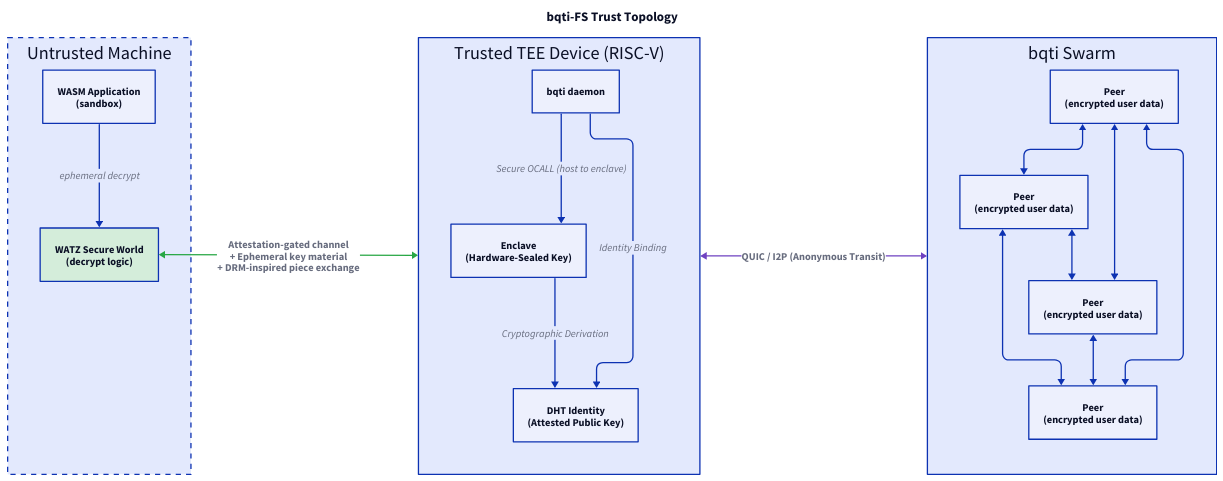
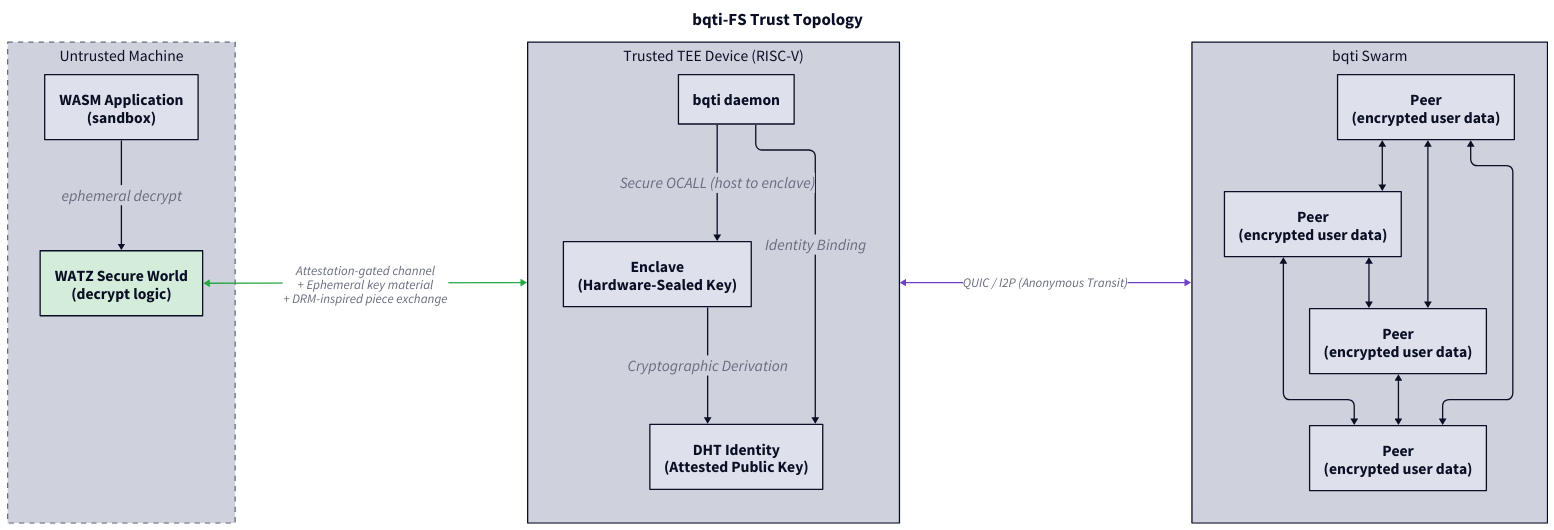
One commit to OnlyCavas/thesis changed the diagram in Org/diagrams/future_work/bqti-FS.d2. Above: the diagram before and after it, drawn with D2. The commit also changed 18 other files, not shown here.

```diff
--- a/Org/diagrams/future_work/bqti-FS.d2
+++ b/Org/diagrams/future_work/bqti-FS.d2
@@ -1,62 +1,73 @@
-vars: {
-  d2-config: {
-    layout-engine: elk
-  }
-}
-
-grid-columns: 3
-horizontal-gap: 350
-vertical-gap: 80
-
-title: bqti-FS Trust Topology {
-  near: top-center
-  shape: text
-  style.font-size: 20
-  style.bold: true
-}
-
-untrusted: Untrusted Machine {
-  style.stroke-dash: 4
-
-  wasm: WASM Application\n(sandbox)
-
-  watz: WATZ Secure World\n(decrypt logic) {
-    style.fill: "#d4edda"
+  vars: {
+    d2-config: {
+      layout-engine: elk
+      theme-id: 1
+    }
   }
 
-  wasm -> watz: ephemeral decrypt
-}
+  grid-columns: 3
+  horizontal-gap: 450
+  vertical-gap: 80
 
-device: Trusted TEE Device (RISC-V) {
-  key: Enclave\n(Hardware-Sealed Key)
-  id: DHT Identity\n(Attested Public Key)
-  bqti: bqti daemon
+  title: bqti-FS Trust Topology {
+    near: top-center
+    shape: text
+    style.font-size: 26
+    style.bold: true
+  }
 
-  key -> id: Cryptographic Derivation
-  bqti -> key: Secure OCALL (host to enclave)
-  bqti -> id: Identity Binding
-}
+  untrusted: Untrusted Machine {
+    style.stroke-dash: 4
+    style.font-size: 24
 
-swarm: bqti Swarm {
-  p1: Peer\n(encrypted user data)
-  p2: Peer\n(encrypted user data)
-  p3: Peer\n(encrypted user data)
-  p4: Peer\n(encrypted user data)
+    wasm: WASM Application\n(sandbox) {
+      style.font-size: 24
+    }
 
-  p1 <-> p2
-  p3 <-> p1
-  p2 <-> p3
-  p2 <-> p4
-  p1 <-> p4
-  p3 <-> p4
-}
+    watz: WATZ Secure World\n(decrypt logic) {
+      style.fill: "#d4edda"
+      style.font-size: 24
+    }
 
-untrusted.watz <-> device: Attestation-gated channel\n+ Ephemeral key material\n+ DRM-inspired piece exchange {
-  style.stroke: "#28a745"
-  style.bold: true
-}
+    wasm -> watz: ephemeral decrypt {
+      style.font-size: 24
+    }
+  }
 
-device <-> swarm: QUIC / I2P (Anonymous Transit) {
-  style.stroke: "#6f42c1"
-  style.bold: true
-}
+  device: Trusted TEE Device (RISC-V) {
+    style.font-size: 24
+    key: Enclave\n(Hardware-Sealed Key) { style.font-size: 24 }
+    id: DHT Identity\n(Attested Public Key) { style.font-size: 24 }
+    bqti: bqti daemon { style.font-size: 24 }
+
+    key -> id: Cryptographic Derivation { style.font-size: 24 }
+    bqti -> key: Secure OCALL (host to enclave) { style.font-size: 24 }
+    bqti -> id: Identity Binding { style.font-size: 24 }
+  }
+
+  swarm: bqti Swarm {
+    style.font-size: 24
+    p1: Peer\n(encrypted user data) { style.font-size: 24 }
+    p2: Peer\n(encrypted user data) { style.font-size: 24 }
+    p3: Peer\n(encrypted user data) { style.font-size: 24 }
+    p4: Peer\n(encrypted user data) { style.font-size: 24 }
+
+    p1 <-> p2
+    p3 <-> p1
+    p2 <-> p3
+    p2 <-> p4
+    p1 <-> p4
+    p3 <-> p4
+  }
+
+  untrusted.watz <-> device: Attestation-gated channel\n+ Ephemeral key material\n+ DRM-inspired piece exchange {
+    style.stroke: "#28a745"
+    style.bold: false
+    style.font-size: 20
+  }
+
+  device <-> swarm: QUIC / I2P (Anonymous Transit) {
+    style.stroke: "#6f42c1"
+    style.bold: false
+    style.font-size: 20
+  }
```
